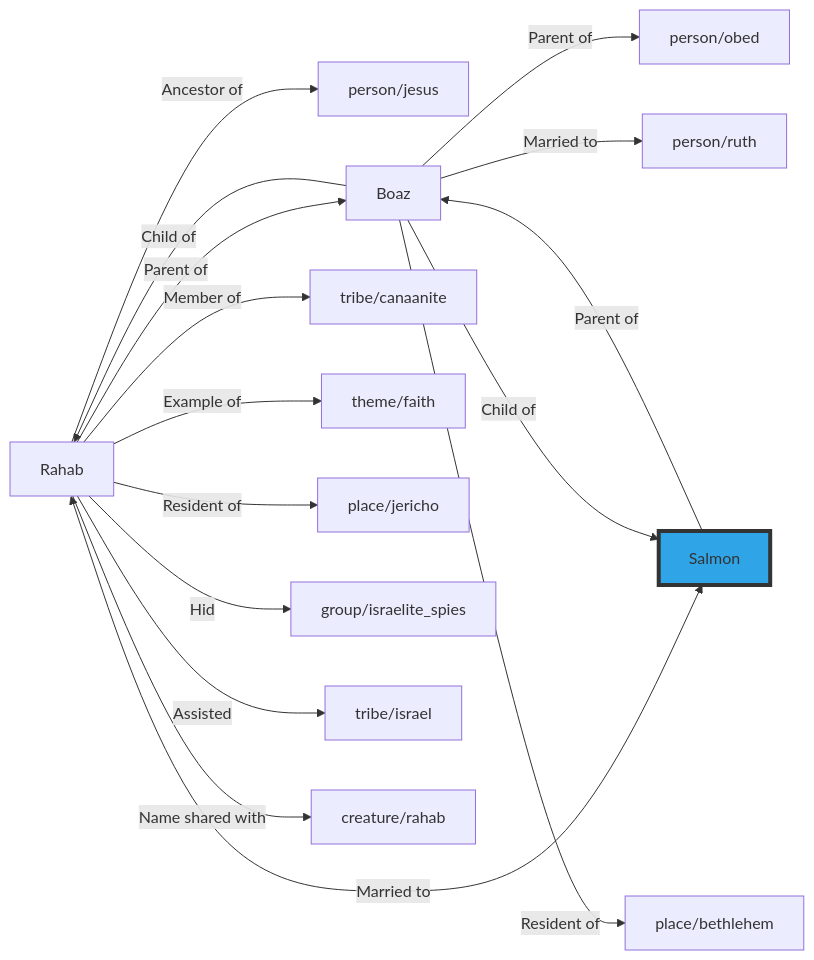
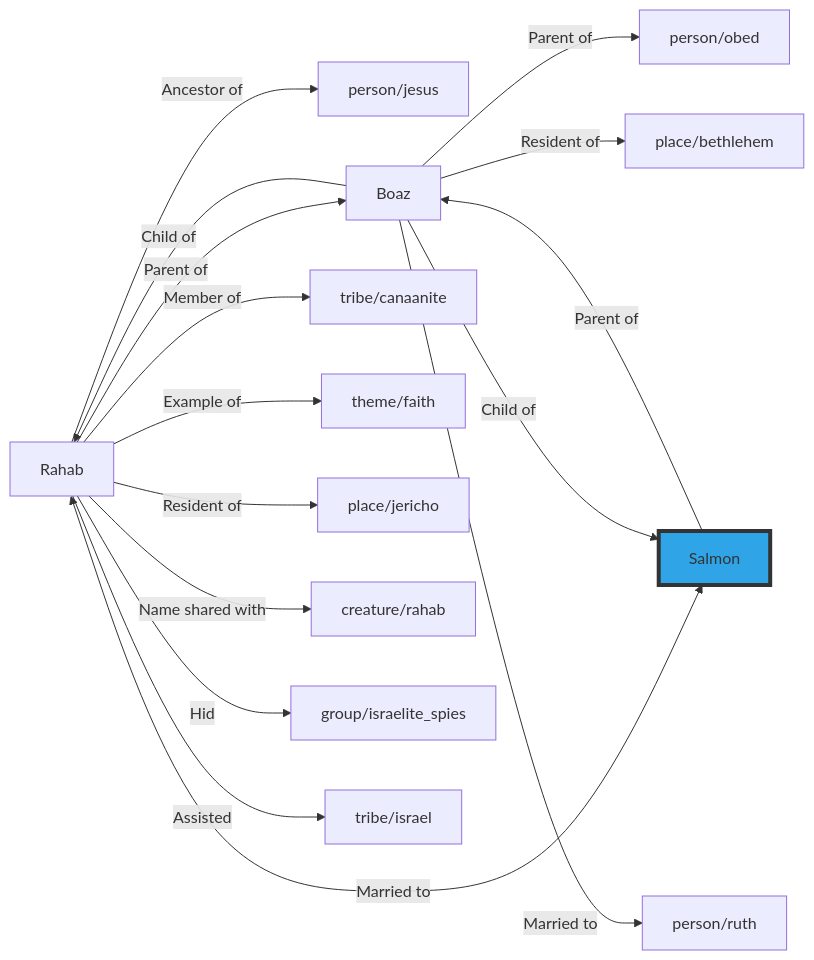
One commit to whitetreebible/connections changed the second of 2 diagrams in docs/en/person/salmon.md. Above: the diagram before and after it, drawn with Mermaid. The commit also changed other lines of this file and 3 other files, not shown here.

````diff
--- a/docs/en/person/salmon.md
+++ b/docs/en/person/salmon.md
@@ -28,22 +28,22 @@
 ```mermaid
 graph LR;
     Rahab -->|Ancestor of| person/jesus
+    Boaz -->|Parent of| person/obed
     Salmon -->|Parent of| Boaz
-    Boaz -->|Parent of| person/obed
     Rahab -->|Parent of| Boaz
+    Rahab -->|Member of| tribe/canaanite
+    Boaz -->|Resident of| place/bethlehem
+    Rahab <-->|Married to| Salmon
+    Rahab -->|Example of| theme/faith
+    Rahab -->|Resident of| place/jericho
+    Rahab -->|Name shared with| creature/rahab
     Boaz -->|Married to| person/ruth
-    Rahab -->|Member of| tribe/canaanite
-    Rahab -->|Example of| theme/faith
-    Rahab <-->|Married to| Salmon
-    Rahab -->|Resident of| place/jericho
     Rahab -->|Hid| group/israelite_spies
     Rahab -->|Assisted| tribe/israel
-    Rahab -->|Name shared with| creature/rahab
-    Boaz -->|Resident of| place/bethlehem
+    Boaz -->|Child of| Salmon
     Boaz -->|Child of| Rahab
-    Boaz -->|Child of| Salmon
     style Salmon fill:#2fa4e7,stroke:#333,stroke-width:4px;
     click Salmon "../../person/salmon/"
     click Boaz "../../person/boaz/"
     click Rahab "../../person/rahab/"
 ```
````
